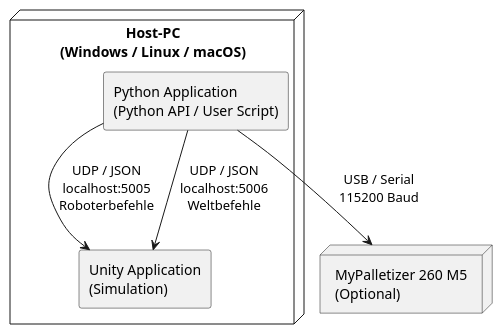
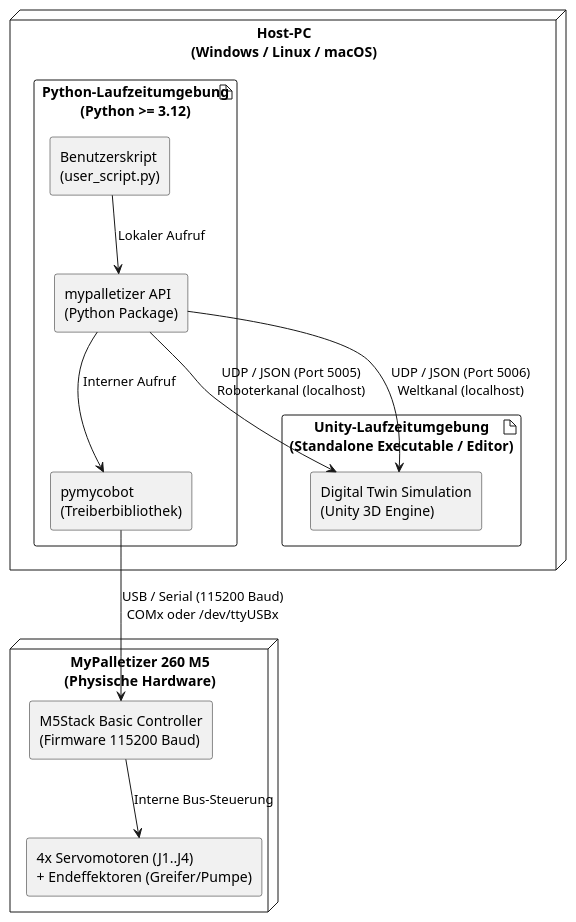
One commit to Stonehouse1703/DigitalTwin-for-MyPalletizer-260-M5-UnityVersion changed the diagram in docs/asciidoc/chapters/07_deployment_view.adoc. Above: the diagram before and after it, drawn with PlantUML. The commit also changed other lines of this file and 12 other files, not shown here.

```diff
--- a/docs/asciidoc/chapters/07_deployment_view.adoc
+++ b/docs/asciidoc/chapters/07_deployment_view.adoc
@@ -15,18 +12,34 @@
 [plantuml, target="diagram-deployment-view", format="png"]
 ----
 @startuml
 skinparam componentStyle rectangle
 
-node "Host-PC\n(Windows / Linux / macOS)" as PC {
-    component "Python Application\n(Python API / User Script)" as PyApp
-    component "Unity Application\n(Simulation)" as UnityApp
+node "Host-PC\n(Windows / Linux / macOS)" as HostPC {
+    
+    artifact "Python-Laufzeitumgebung\n(Python >= 3.12)" as PyRuntime {
+        component "Benutzerskript\n(user_script.py)" as UserScript
+        component "mypalletizer API\n(Python Package)" as PyPkg
+        component "pymycobot\n(Treiberbibliothek)" as PyMyCobotDriver
+    }
+    
+    artifact "Unity-Laufzeitumgebung\n(Standalone Executable / Editor)" as UnityRuntime {
+        component "Digital Twin Simulation\n(Unity 3D Engine)" as UnityApp
+    }
 }
 
-node "MyPalletizer 260 M5\n(Optional)" as Robot
+node "MyPalletizer 260 M5\n(Physische Hardware)" as HardwareNode {
+    component "M5Stack Basic Controller\n(Firmware 115200 Baud)" as M5Controller
+    component "4x Servomotoren (J1..J4)\n+ Endeffektoren (Greifer/Pumpe)" as Servos
+}
 
-PyApp --> UnityApp : UDP / JSON\nlocalhost:5005\nRoboterbefehle
-PyApp --> UnityApp : UDP / JSON\nlocalhost:5006\nWeltbefehle
-PyApp --> Robot : USB / Serial\n115200 Baud
+UserScript --> PyPkg : Lokaler Aufruf
+PyPkg --> PyMyCobotDriver : Interner Aufruf
+
+PyPkg --> UnityApp : UDP / JSON (Port 5005)\nRoboterkanal (localhost)
+PyPkg --> UnityApp : UDP / JSON (Port 5006)\nWeltkanal (localhost)
+
+PyMyCobotDriver --> M5Controller : USB / Serial (115200 Baud)\nCOMx oder /dev/ttyUSBx
+M5Controller --> Servos : Interne Bus-Steuerung
 
 @enduml
 ----
```
